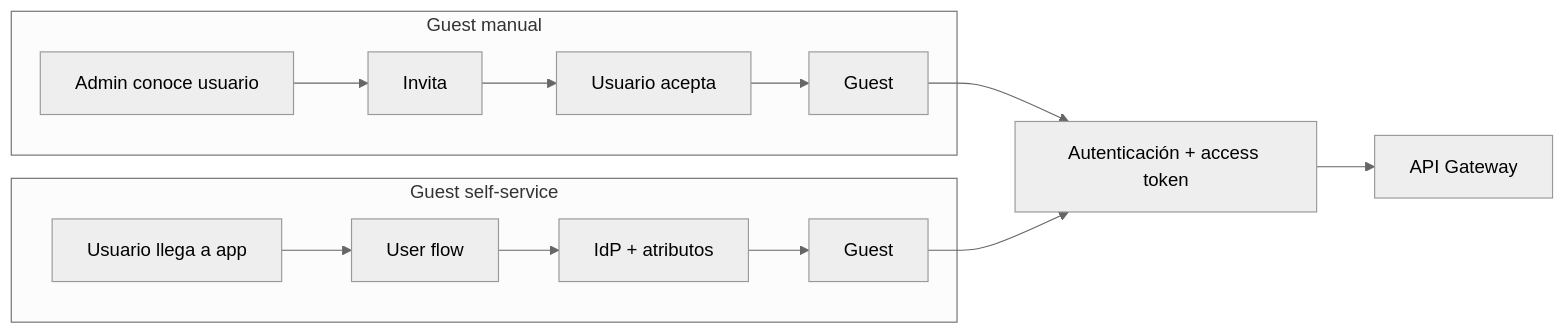
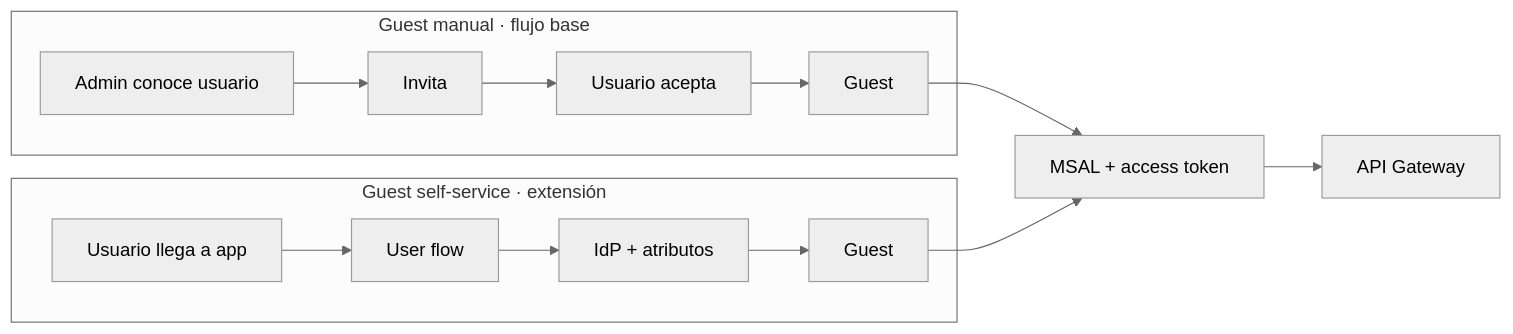
One commit to cmartinezs/DSY1107-DESARROLLO-CLOUD-NATIVE-I-2026-2 changed the sixth of 7 diagrams in docs/identity/entra-guia-completa/04e-self-service-pruebas-troubleshooting.md. Above: the diagram before and after it, drawn with Mermaid (neutral theme). The commit also changed other lines of this file, not shown here.

Commit message:
docs(identity): make self-service verification the second full test pass

````diff
--- a/docs/identity/entra-guia-completa/04e-self-service-pruebas-troubleshooting.md
+++ b/docs/identity/entra-guia-completa/04e-self-service-pruebas-troubleshooting.md
@@ -268,18 +272,18 @@
 ```mermaid
 flowchart LR
-    subgraph MANUAL[Guest manual]
+    subgraph MANUAL[Guest manual · flujo base]
         A1[Admin conoce usuario] --> A2[Invita]
         A2 --> A3[Usuario acepta]
         A3 --> A4[Guest]
     end
 
-    subgraph SELF[Guest self-service]
+    subgraph SELF[Guest self-service · extensión]
         B1[Usuario llega a app] --> B2[User flow]
         B2 --> B3[IdP + atributos]
         B3 --> B4[Guest]
     end
 
-    A4 --> TOKEN[Autenticación + access token]
+    A4 --> TOKEN[MSAL + access token]
     B4 --> TOKEN
     TOKEN --> GW[API Gateway]
 ```
````
